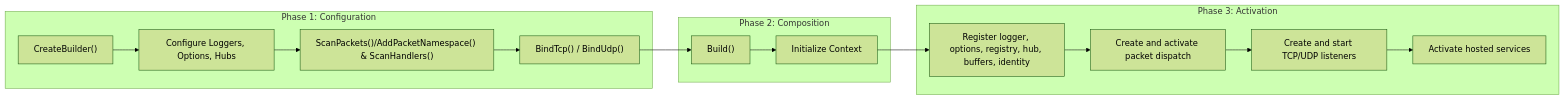
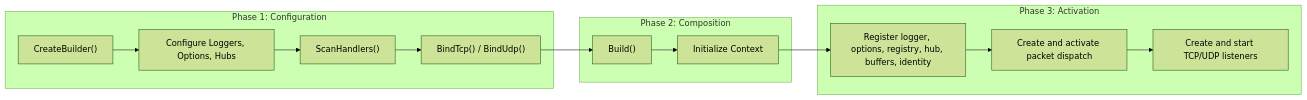
Before and after one commit to ppn-systems/Nalix: the diagram in docs/api/hosting/network-application.md, drawn with Mermaid (forest theme). The commit also changed other lines of this file and 57 other files, not shown here.

````diff
--- a/docs/api/hosting/network-application.md
+++ b/docs/api/hosting/network-application.md
@@ -27,20 +27,19 @@
 ```mermaid
 graph LR
     subgraph Configuration ["Phase 1: Configuration"]
         Create["CreateBuilder()"] --> Config["Configure Loggers, Options, Hubs"]
-        Config --> Discover["ScanPackets()/AddPacketNamespace() & ScanHandlers()"]
+        Config --> Discover["ScanHandlers()"]
         Discover --> Bind["BindTcp() / BindUdp()"]
     end
 
     subgraph Composition ["Phase 2: Composition"]
         Bind --> Build["Build()"]
         Build --> Prep["Initialize Context"]
     end
 
     subgraph Activation ["Phase 3: Activation"]
         Prep --> Services["Register logger, options, registry, hub, buffers, identity"]
         Services --> Dispatch["Create and activate packet dispatch"]
         Dispatch --> Listeners["Create and start TCP/UDP listeners"]
-        Listeners --> Hosted["Activate hosted services"]
     end
 ```
````
